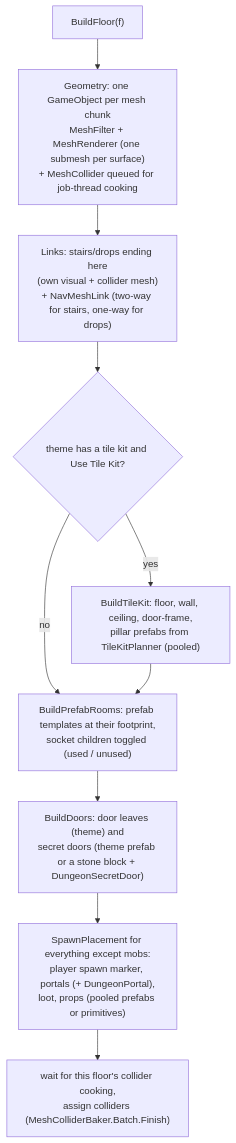
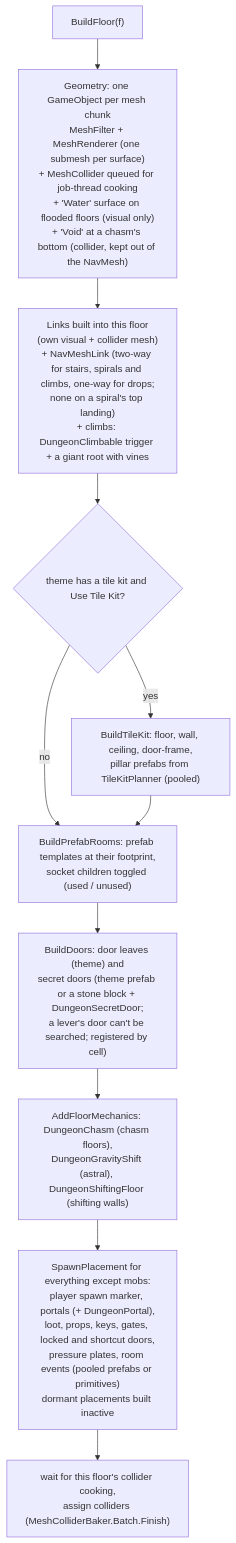
The second of 6 diagrams in Documentation/Dungeon/09-Meshing-and-Build.md (Kaynan-Jamelaumn/SimpleMovementsUnityPackage), drawn with Mermaid before and after one commit. The commit also changed other lines of this file and 161 other files, not shown here.

````diff
--- a/Documentation/Dungeon/09-Meshing-and-Build.md
+++ b/Documentation/Dungeon/09-Meshing-and-Build.md
@@ -45,12 +46,13 @@
 ```mermaid
 flowchart TD
-    A["BuildFloor(f)"] --> B["Geometry: one GameObject per mesh chunk<br/>MeshFilter + MeshRenderer (one submesh per surface)<br/>+ MeshCollider queued for job-thread cooking"]
-    B --> C["Links: stairs/drops ending here<br/>(own visual + collider mesh)<br/>+ NavMeshLink (two-way for stairs, one-way for drops)"]
+    A["BuildFloor(f)"] --> B["Geometry: one GameObject per mesh chunk<br/>MeshFilter + MeshRenderer (one submesh per surface)<br/>+ MeshCollider queued for job-thread cooking<br/>+ 'Water' surface on flooded floors (visual only)<br/>+ 'Void' at a chasm's bottom (collider, kept out of the NavMesh)"]
+    B --> C["Links built into this floor<br/>(own visual + collider mesh)<br/>+ NavMeshLink (two-way for stairs, spirals and climbs, one-way for drops;<br/>none on a spiral's top landing)<br/>+ climbs: DungeonClimbable trigger + a giant root with vines"]
     C --> D{"theme has a tile kit and Use Tile Kit?"}
     D -- yes --> E["BuildTileKit: floor, wall, ceiling, door-frame,<br/>pillar prefabs from TileKitPlanner (pooled)"]
     D -- no --> F
     E --> F["BuildPrefabRooms: prefab templates at their footprint,<br/>socket children toggled (used / unused)"]
-    F --> G["BuildDoors: door leaves (theme) and<br/>secret doors (theme prefab or a stone block + DungeonSecretDoor)"]
-    G --> H["SpawnPlacement for everything except mobs:<br/>player spawn marker, portals (+ DungeonPortal),<br/>loot, props (pooled prefabs or primitives)"]
+    F --> G["BuildDoors: door leaves (theme) and<br/>secret doors (theme prefab or a stone block + DungeonSecretDoor;<br/>a lever's door can't be searched; registered by cell)"]
+    G --> G2["AddFloorMechanics: DungeonChasm (chasm floors),<br/>DungeonGravityShift (astral), DungeonShiftingFloor (shifting walls)"]
+    G2 --> H["SpawnPlacement for everything except mobs:<br/>player spawn marker, portals (+ DungeonPortal),<br/>loot, props, keys, gates, locked and shortcut doors,<br/>pressure plates, room events (pooled prefabs or primitives)<br/>dormant placements built inactive"]
     H --> I["wait for this floor's collider cooking,<br/>assign colliders (MeshColliderBaker.Batch.Finish)"]
 ```
````
